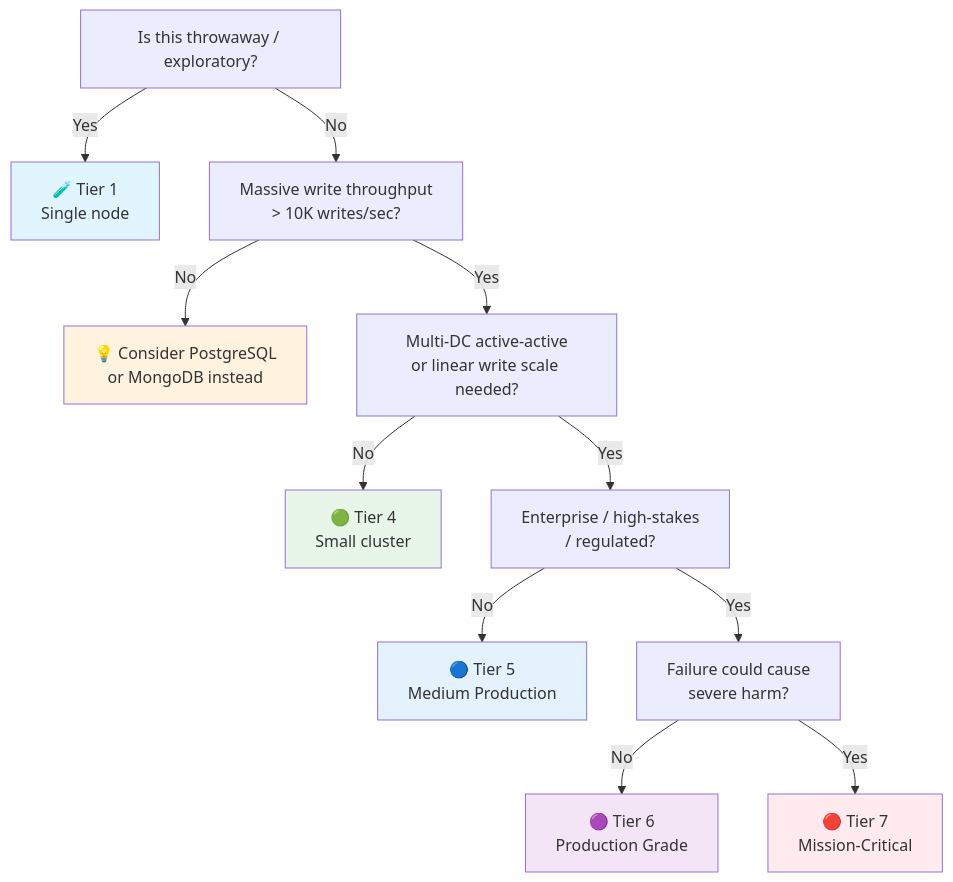
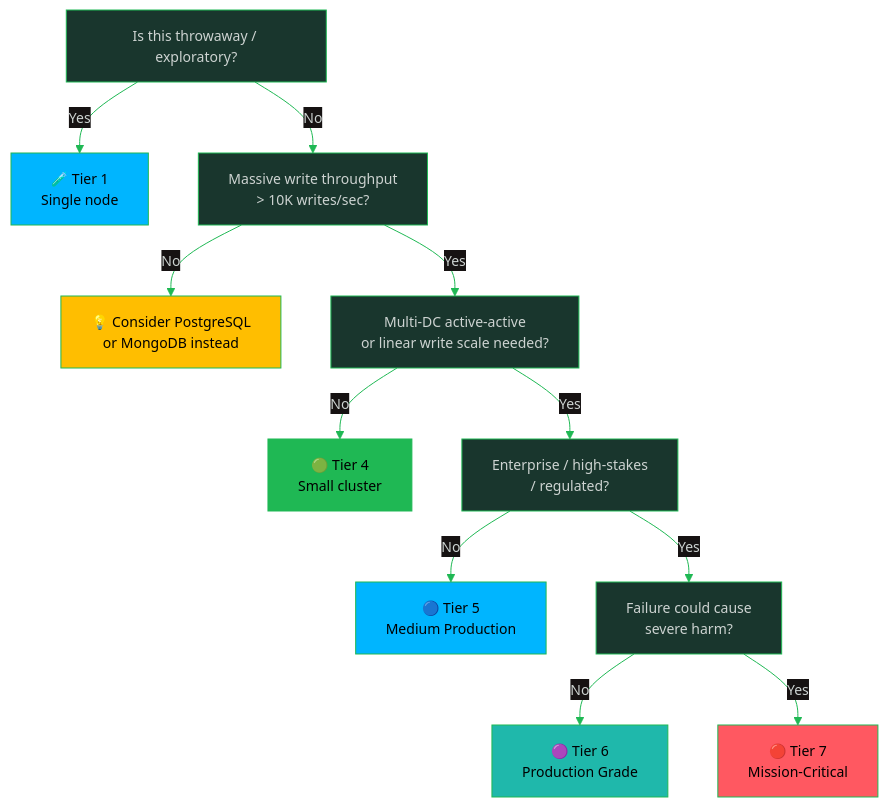
One commit to oat431/swe-knowledge changed the diagram in checklist/database-checklist/cassandra-scylladb.md. Above: the diagram before and after it, drawn with Mermaid. The commit also changed other lines of this file and 83 other files, not shown here.

````diff
--- a/checklist/database-checklist/cassandra-scylladb.md
+++ b/checklist/database-checklist/cassandra-scylladb.md
@@ -159,20 +159,21 @@
 ```mermaid
+%%{init: {'theme':'base','themeVariables':{'primaryColor':'#19362D','primaryTextColor':'#CDD3D1','primaryBorderColor':'#1FB854','lineColor':'#1FB854','secondaryColor':'#161212','tertiaryColor':'#1B1717','background':'#1B1717','mainBkg':'#19362D','nodeBorder':'#1FB854','clusterBkg':'#161212','clusterBorder':'#19362D','titleColor':'#1FB854','edgeLabelBackground':'#161212','fontSize':'14px'}}}%%
 flowchart TD
     A[Is this throwaway / exploratory?] -->|Yes| T1[🧪 Tier 1<br/>Single node]
     A -->|No| B[Massive write throughput<br/>> 10K writes/sec?]
     B -->|No| PG[💡 Consider PostgreSQL<br/>or MongoDB instead]
     B -->|Yes| C[Multi-DC active-active<br/>or linear write scale needed?]
     C -->|No| T4[🟢 Tier 4<br/>Small cluster]
     C -->|Yes| D[Enterprise / high-stakes<br/>/ regulated?]
     D -->|No| T5[🔵 Tier 5<br/>Medium Production]
     D -->|Yes| E[Failure could cause<br/>severe harm?]
     E -->|No| T6[🟣 Tier 6<br/>Production Grade]
     E -->|Yes| T7[🔴 Tier 7<br/>Mission-Critical]
     
-    style T1 fill:#e1f5ff
-    style PG fill:#fff3e0
-    style T4 fill:#e8f5e9
-    style T5 fill:#e3f2fd
-    style T6 fill:#f3e5f5
-    style T7 fill:#ffebee
+    style T1 fill:#00B5FF,color:#000000
+    style PG fill:#FFBE00,color:#000000
+    style T4 fill:#1FB854,color:#000000
+    style T5 fill:#00B5FF,color:#000000
+    style T6 fill:#1FB8AB,color:#000000
+    style T7 fill:#FF5861,color:#000000
 ```
````
